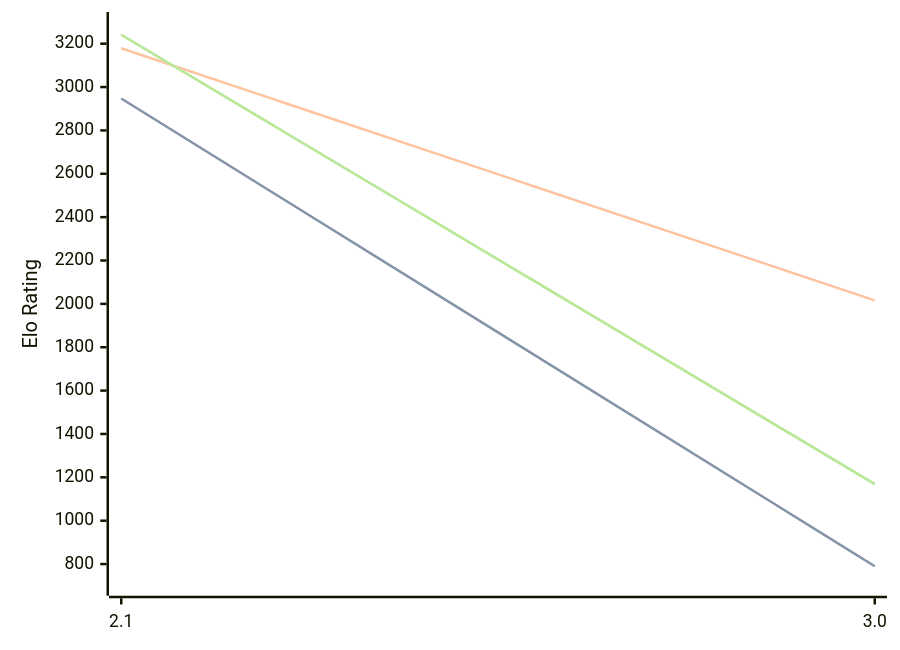
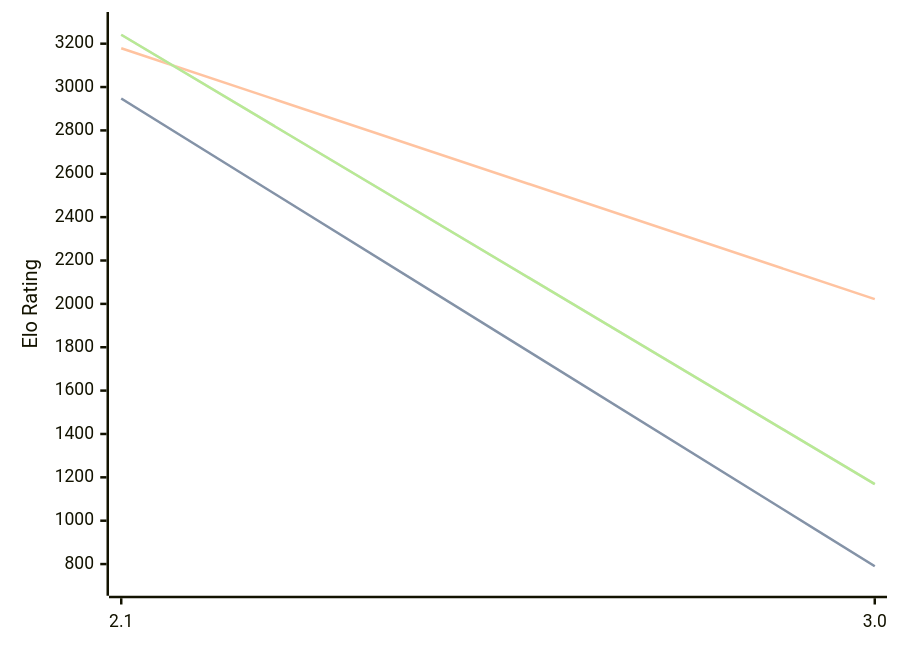
The third of 3 diagrams in engines/Quirky.md (computer-chess-index/cci), drawn with Mermaid before and after one commit. The commit also changed other lines of this file, not shown here.

````diff
--- a/engines/Quirky.md
+++ b/engines/Quirky.md
@@ -67,11 +67,11 @@
 ```mermaid
 %%{init: {"theme":"base","themeVariables":{"seriesColors:['#a3a3a3','#222221','#faa371']}}}%%
 xychart-beta
   x-axis ["2.1", "3.0"]
   y-axis "Elo Rating" 700 --> 3300
   line "STC (8.0+0.08s)" [2947, 790]
   line "STC (8.0+0.08s)" [2947, 790]
-  line "LTC (60.0+0.60s)" [3179, 2016]
+  line "LTC (60.0+0.60s)" [3179, 2022]
   line "VLTC (2m24s+1.12s)" [3241, 1169]
   line "VLTC (2m24s+1.12s)" [3241, 1169]
 ```
````
